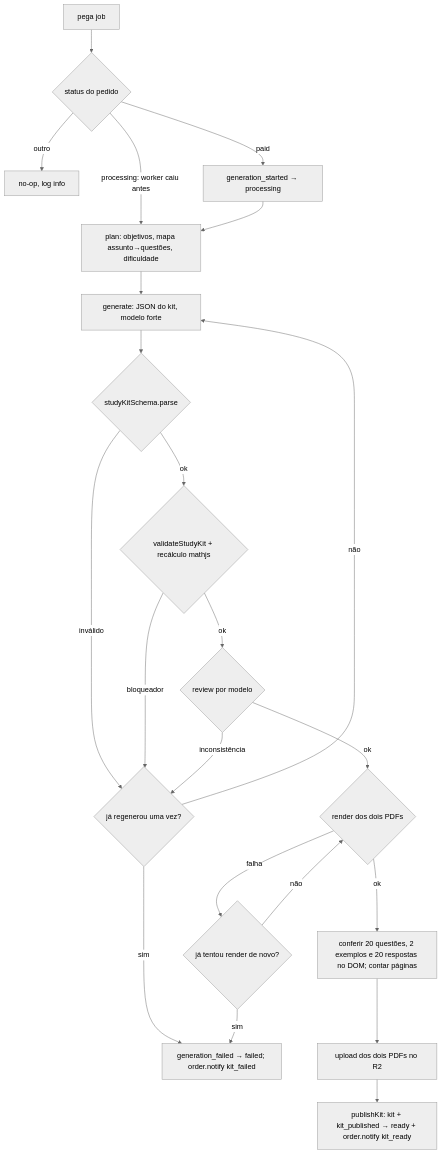
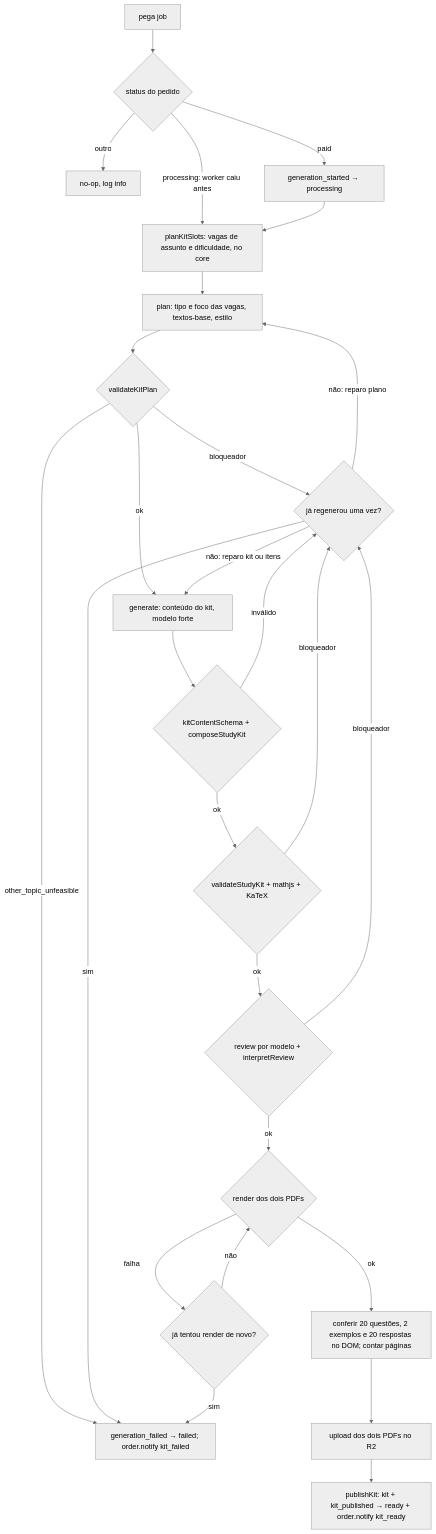
The diagram in docs/engineering/jobs.md (alissondevsouza/gizito-system), drawn with Mermaid (neutral theme) before and after one commit. The commit also changed other lines of this file and 14 other files, not shown here.

Commit message:
fix(pedagogy): aplicar revisão neutra da spec pedagógica: prompts sem limites digitados, regras do worker, reparo por código, adr-0010 e jobs 1.4

````diff
--- a/docs/engineering/jobs.md
+++ b/docs/engineering/jobs.md
@@ -29,24 +29,29 @@
 ```mermaid
 flowchart TD
   A[pega job] --> S{status do pedido}
   S -->|outro| Z[no-op, log info]
   S -->|paid| B[generation_started → processing]
-  S -->|processing: worker caiu antes| C
-  B --> C[plan: objetivos, mapa assunto→questões, dificuldade]
-  C --> D[generate: JSON do kit, modelo forte]
-  D --> E{studyKitSchema.parse}
-  E -->|inválido| R{já regenerou uma vez?}
-  E -->|ok| F{validateStudyKit + recálculo mathjs}
+  S -->|processing: worker caiu antes| P
+  B --> P[planKitSlots: vagas de assunto e dificuldade, no core]
+  P --> C[plan: tipo e foco das vagas, textos-base, estilo]
+  C --> C2{validateKitPlan}
+  C2 -->|bloqueador| R{já regenerou uma vez?}
+  C2 -->|other_topic_unfeasible| X
+  C2 -->|ok| D[generate: conteúdo do kit, modelo forte]
+  D --> E{kitContentSchema + composeStudyKit}
+  E -->|inválido| R
+  E -->|ok| F{validateStudyKit + mathjs + KaTeX}
   F -->|bloqueador| R
-  F -->|ok| G{review por modelo}
-  G -->|inconsistência| R
-  R -->|não| D
+  F -->|ok| G{review por modelo + interpretReview}
+  G -->|bloqueador| R
+  R -->|não: reparo plano| C
+  R -->|não: reparo kit ou itens| D
   R -->|sim| X[generation_failed → failed; order.notify kit_failed]
   G -->|ok| H{render dos dois PDFs}
   H -->|falha| H2{já tentou render de novo?}
   H2 -->|não| H
   H2 -->|sim| X
   H -->|ok| I[conferir 20 questões, 2 exemplos e 20 respostas no DOM; contar páginas]
   I --> J[upload dos dois PDFs no R2]
   J --> K[publishKit: kit + kit_published → ready + order.notify kit_ready]
 ```
````
